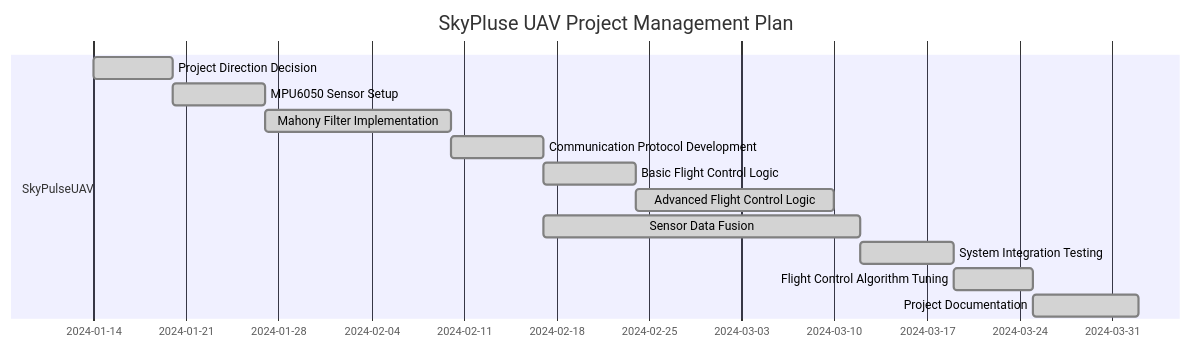
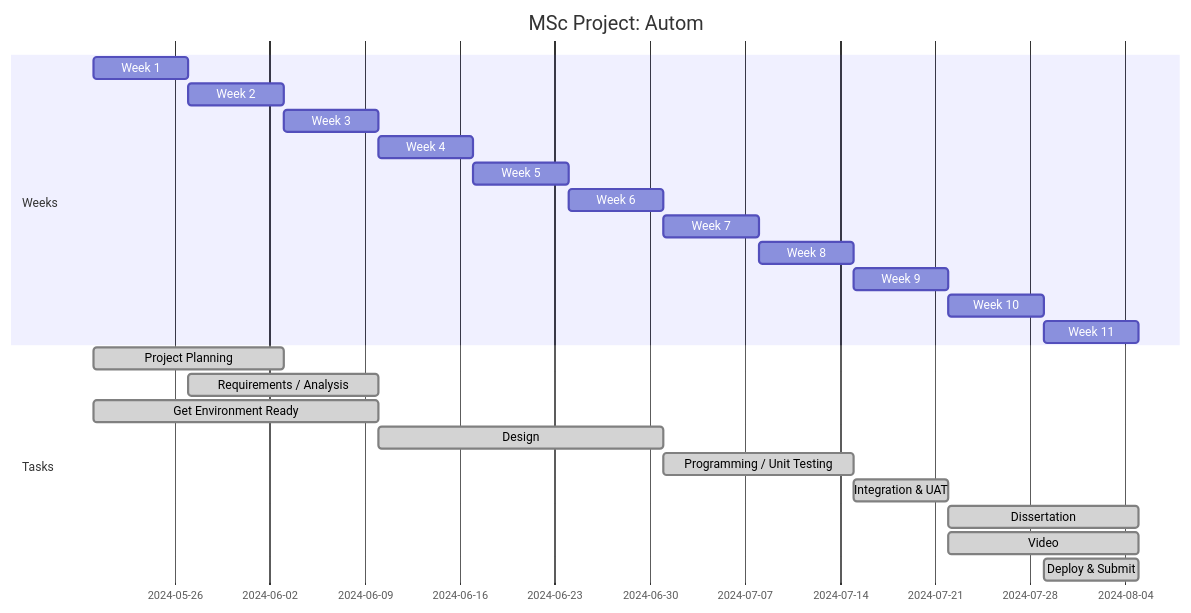
The diagram in Meeting Minutes/README.md (Tony-Btian/Nano_Drone_Project), drawn with Mermaid before and after one commit. The commit also changed other lines of this file, not shown here.

````diff
--- a/Meeting Minutes/README.md
+++ b/Meeting Minutes/README.md
@@ -5,18 +5,29 @@
 ```mermaid
 gantt
-    title SkyPluse UAV Project Management Plan
+    title MSc Project: Autom
     dateFormat  YYYY-MM-DD
-    section SkyPulseUAV
-	todayMarker off
-	
-    Project Direction Decision     :done,   des1, 2024-01-14,2024-01-20
-    MPU6050 Sensor Setup     :done,    des2, 2024-01-20, 2024-01-27
-    Mahony Filter Implementation    :done,    des3, after des2, 2024-02-10
-    Communication Protocol Development  :done, des4, after des3, 2024-02-17
-    Basic Flight Control Logic  :done, des5, after des4, 2024-02-24
-    Advanced Flight Control Logic  :done, des6, after des5, 2024-03-10
-    Sensor Data Fusion  :done, des6, after des4, 2024-03-12
-    System Integration Testing  :done, des7, after des6, 2024-03-19
-    Flight Control Algorithm Tuning  :done, des8, after des7, 2024-03-25
-    Project Documentation  :done, des9, after des8, 2024-04-02
+    todayMarker on
+    section Weeks
+    Week 1  :a1,  2024-05-20, 7d
+    Week 2  :a2,  2024-05-27, 7d
+    Week 3  :a3,  2024-06-03, 7d
+    Week 4  :a4,  2024-06-10, 7d
+    Week 5  :a5,  2024-06-17, 7d
+    Week 6  :a6,  2024-06-24, 7d
+    Week 7  :a7,  2024-07-01, 7d
+    Week 8  :a8,  2024-07-08, 7d
+    Week 9  :a9,  2024-07-15, 7d
+    Week 10 :a10, 2024-07-22, 7d
+    Week 11 :a11, 2024-07-29, 7d
+    
+    section Tasks
+    Project Planning:  			done, des1, 2024-05-20, 2024-06-03
+    Requirements / Analysis: 	 	done, des2, 2024-05-27, 2024-06-10
+    Get Environment Ready: 		done, des3, 2024-05-20, 2024-06-10
+    Design: 				done, des4, after des3, 2024-07-01
+    Programming / Unit Testing:		done, des5, after des4, 2024-07-15
+    Integration & UAT:			done, des6, after des5, 2024-07-22
+    Dissertation:			done, des6, 2024-07-22, 2024-08-05
+    Video:				done, des7, 2024-07-22, 2024-08-05
+    Deploy & Submit:			done, des8, 2024-07-29, 2024-08-05
 ```
````
